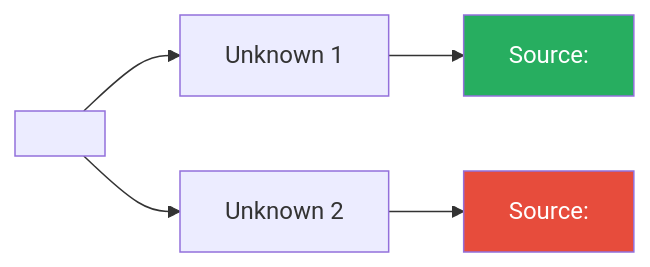
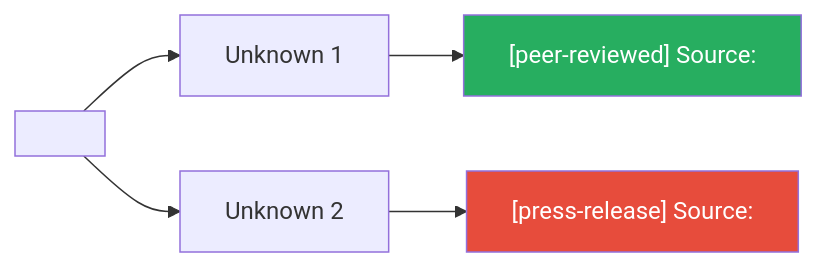
One commit to bayeschris/progressive-learning-os-agent-skill changed the diagram in references/03-learn-card.md. Above: the diagram before and after it, drawn with Mermaid. The commit also changed other lines of this file and 5 other files, not shown here.

````diff
--- a/references/03-learn-card.md
+++ b/references/03-learn-card.md
@@ -43,11 +56,11 @@
 ```mermaid
 flowchart LR
     T["<topic>"] --> U1["Unknown 1"]
     T --> U2["Unknown 2"]
-    U1 --> S1["Source: <ref>"]:::strong
-    U2 --> S2["Source: <ref>"]:::weak
+    U1 --> S1["[peer-reviewed] Source: <ref>"]:::strong
+    U2 --> S2["[press-release] Source: <ref>"]:::weak
 
     classDef strong fill:#27ae60,color:#fff
     classDef moderate fill:#f39c12,color:#fff
     classDef weak fill:#e74c3c,color:#fff
 ```
````
